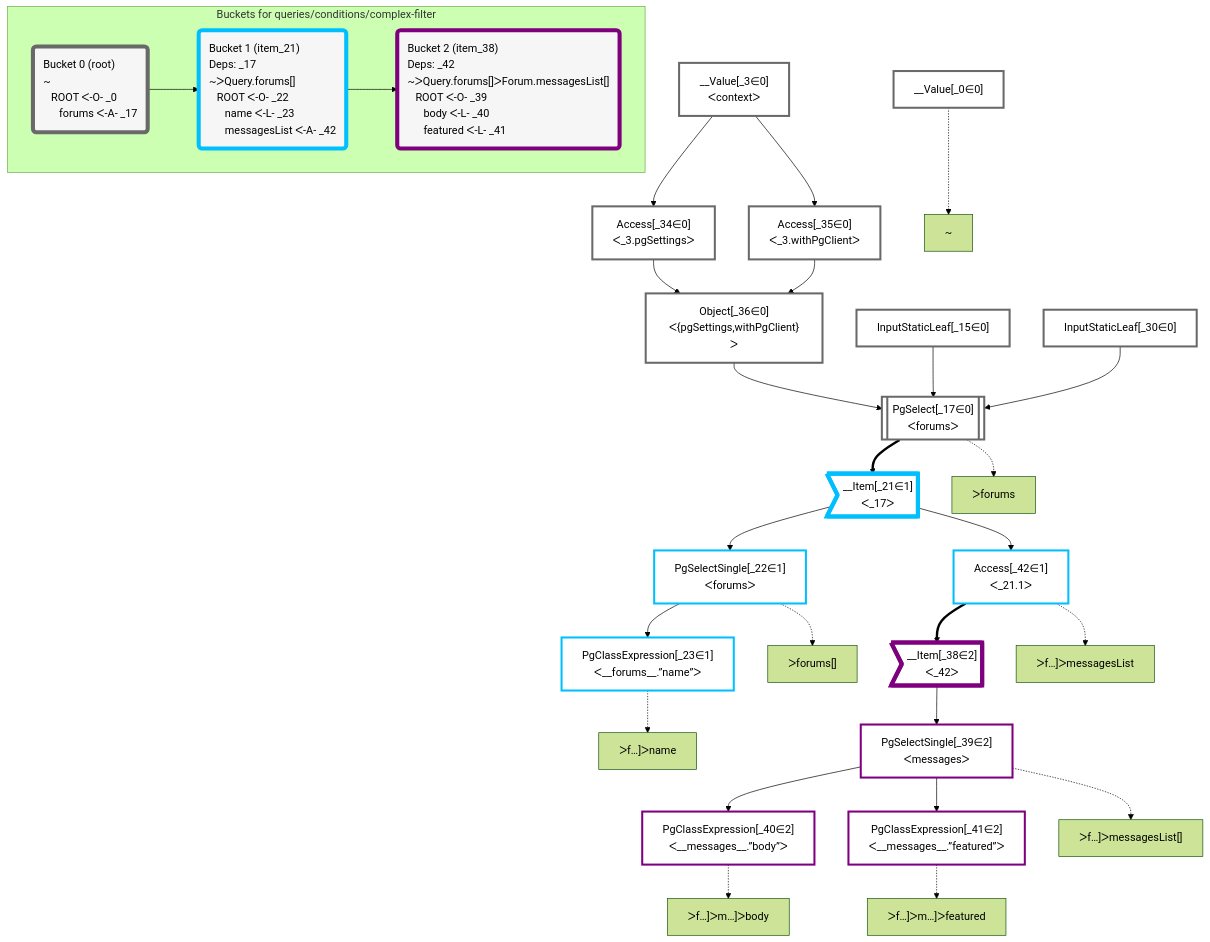
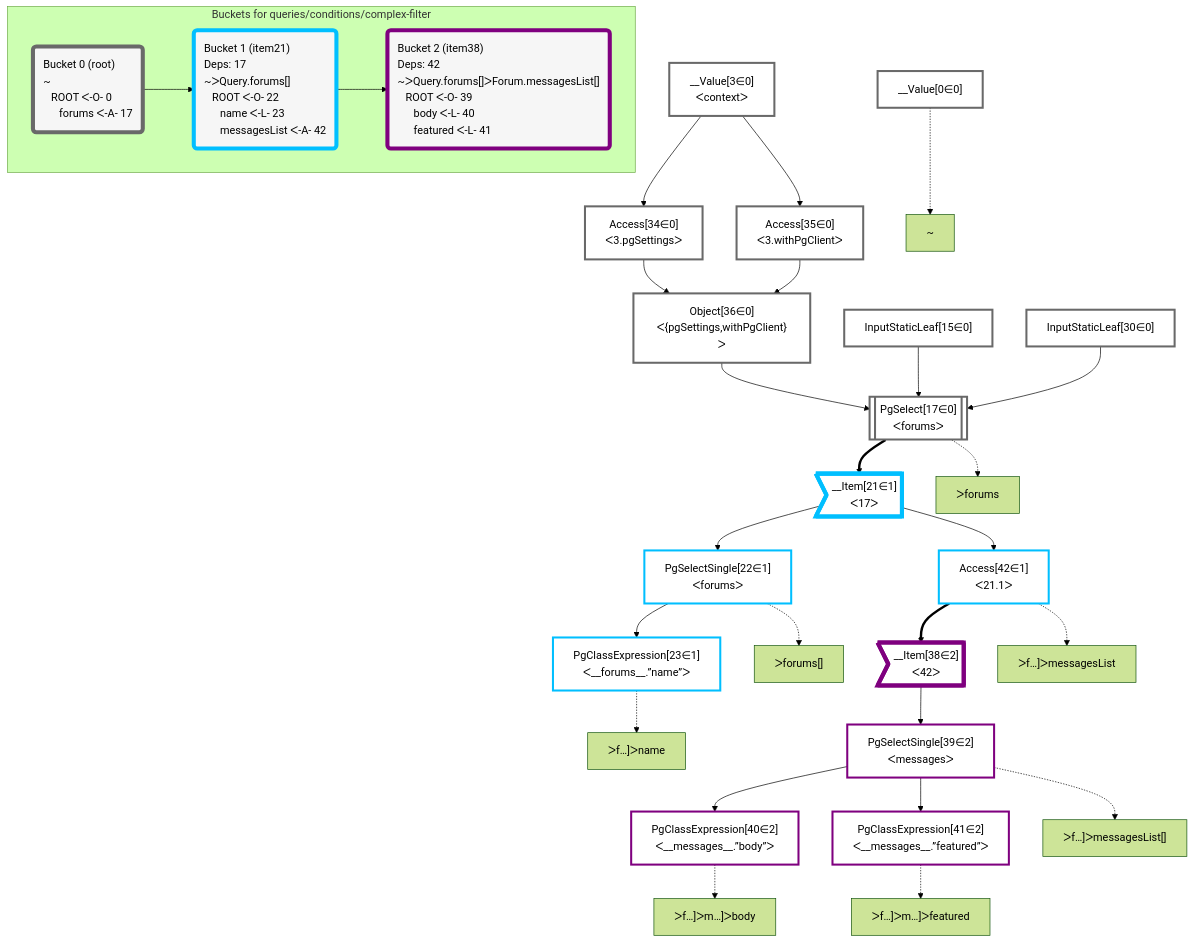
The diagram in packages/dataplan-pg/__tests__/queries/conditions/complex-filter.mermaid.md (graphile/crystal), drawn with Mermaid (forest theme) before and after one commit. The commit also changed 195 other files, not shown here.

````diff
--- a/packages/dataplan-pg/__tests__/queries/conditions/complex-filter.mermaid.md
+++ b/packages/dataplan-pg/__tests__/queries/conditions/complex-filter.mermaid.md
@@ -1,73 +1,73 @@
 ```mermaid
 graph TD
     classDef path fill:#eee,stroke:#000,color:#000
     classDef plan fill:#fff,stroke-width:3px,color:#000
     classDef itemplan fill:#fff,stroke-width:6px,color:#000
     classDef sideeffectplan fill:#f00,stroke-width:6px,color:#000
     classDef bucket fill:#f6f6f6,color:#000,stroke-width:6px,text-align:left
 
 
     %% define plans
-    __Value_0["__Value[_0∈0]"]:::plan
-    PgClassExpression_23["PgClassExpression[_23∈1]<br />ᐸ__forums__.”name”ᐳ"]:::plan
-    PgSelectSingle_22["PgSelectSingle[_22∈1]<br />ᐸforumsᐳ"]:::plan
-    PgClassExpression_40["PgClassExpression[_40∈2]<br />ᐸ__messages__.”body”ᐳ"]:::plan
-    PgClassExpression_41["PgClassExpression[_41∈2]<br />ᐸ__messages__.”featured”ᐳ"]:::plan
-    PgSelectSingle_39["PgSelectSingle[_39∈2]<br />ᐸmessagesᐳ"]:::plan
-    __Item_38>"__Item[_38∈2]<br />ᐸ_42ᐳ"]:::itemplan
-    Access_42["Access[_42∈1]<br />ᐸ_21.1ᐳ"]:::plan
-    __Item_21>"__Item[_21∈1]<br />ᐸ_17ᐳ"]:::itemplan
-    PgSelect_17[["PgSelect[_17∈0]<br />ᐸforumsᐳ"]]:::plan
-    Object_36["Object[_36∈0]<br />ᐸ{pgSettings,withPgClient}ᐳ"]:::plan
-    Access_34["Access[_34∈0]<br />ᐸ_3.pgSettingsᐳ"]:::plan
-    Access_35["Access[_35∈0]<br />ᐸ_3.withPgClientᐳ"]:::plan
-    __Value_3["__Value[_3∈0]<br />ᐸcontextᐳ"]:::plan
-    InputStaticLeaf_15["InputStaticLeaf[_15∈0]"]:::plan
-    InputStaticLeaf_30["InputStaticLeaf[_30∈0]"]:::plan
+    __Value0["__Value[0∈0]"]:::plan
+    PgClassExpression23["PgClassExpression[23∈1]<br />ᐸ__forums__.”name”ᐳ"]:::plan
+    PgSelectSingle22["PgSelectSingle[22∈1]<br />ᐸforumsᐳ"]:::plan
+    PgClassExpression40["PgClassExpression[40∈2]<br />ᐸ__messages__.”body”ᐳ"]:::plan
+    PgClassExpression41["PgClassExpression[41∈2]<br />ᐸ__messages__.”featured”ᐳ"]:::plan
+    PgSelectSingle39["PgSelectSingle[39∈2]<br />ᐸmessagesᐳ"]:::plan
+    __Item38>"__Item[38∈2]<br />ᐸ42ᐳ"]:::itemplan
+    Access42["Access[42∈1]<br />ᐸ21.1ᐳ"]:::plan
+    __Item21>"__Item[21∈1]<br />ᐸ17ᐳ"]:::itemplan
+    PgSelect17[["PgSelect[17∈0]<br />ᐸforumsᐳ"]]:::plan
+    Object36["Object[36∈0]<br />ᐸ{pgSettings,withPgClient}ᐳ"]:::plan
+    Access34["Access[34∈0]<br />ᐸ3.pgSettingsᐳ"]:::plan
+    Access35["Access[35∈0]<br />ᐸ3.withPgClientᐳ"]:::plan
+    __Value3["__Value[3∈0]<br />ᐸcontextᐳ"]:::plan
+    InputStaticLeaf15["InputStaticLeaf[15∈0]"]:::plan
+    InputStaticLeaf30["InputStaticLeaf[30∈0]"]:::plan
 
     %% plan dependencies
-    PgSelectSingle_22 --> PgClassExpression_23
-    __Item_21 --> PgSelectSingle_22
-    PgSelectSingle_39 --> PgClassExpression_40
-    PgSelectSingle_39 --> PgClassExpression_41
-    __Item_38 --> PgSelectSingle_39
-    Access_42 ==> __Item_38
-    __Item_21 --> Access_42
-    PgSelect_17 ==> __Item_21
-    Object_36 & InputStaticLeaf_15 & InputStaticLeaf_30 --> PgSelect_17
-    Access_34 & Access_35 --> Object_36
-    __Value_3 --> Access_34
-    __Value_3 --> Access_35
+    PgSelectSingle22 --> PgClassExpression23
+    __Item21 --> PgSelectSingle22
+    PgSelectSingle39 --> PgClassExpression40
+    PgSelectSingle39 --> PgClassExpression41
+    __Item38 --> PgSelectSingle39
+    Access42 ==> __Item38
+    __Item21 --> Access42
+    PgSelect17 ==> __Item21
+    Object36 & InputStaticLeaf15 & InputStaticLeaf30 --> PgSelect17
+    Access34 & Access35 --> Object36
+    __Value3 --> Access34
+    __Value3 --> Access35
 
     %% plan-to-path relationships
-    P_0["~"]
-    __Value_0 -.-> P_0
-    P_17["ᐳforums"]
-    PgSelect_17 -.-> P_17
-    P_22["ᐳforums[]"]
-    PgSelectSingle_22 -.-> P_22
-    P_23["ᐳf…]ᐳname"]
-    PgClassExpression_23 -.-> P_23
-    P_39["ᐳf…]ᐳmessagesList[]"]
-    PgSelectSingle_39 -.-> P_39
-    P_40["ᐳf…]ᐳm…]ᐳbody"]
-    PgClassExpression_40 -.-> P_40
-    P_41["ᐳf…]ᐳm…]ᐳfeatured"]
-    PgClassExpression_41 -.-> P_41
-    P_42["ᐳf…]ᐳmessagesList"]
-    Access_42 -.-> P_42
+    P0["~"]
+    __Value0 -.-> P0
+    P17["ᐳforums"]
+    PgSelect17 -.-> P17
+    P22["ᐳforums[]"]
+    PgSelectSingle22 -.-> P22
+    P23["ᐳf…]ᐳname"]
+    PgClassExpression23 -.-> P23
+    P39["ᐳf…]ᐳmessagesList[]"]
+    PgSelectSingle39 -.-> P39
+    P40["ᐳf…]ᐳm…]ᐳbody"]
+    PgClassExpression40 -.-> P40
+    P41["ᐳf…]ᐳm…]ᐳfeatured"]
+    PgClassExpression41 -.-> P41
+    P42["ᐳf…]ᐳmessagesList"]
+    Access42 -.-> P42
 
     subgraph "Buckets for queries/conditions/complex-filter"
-    Bucket0("Bucket 0 (root)<br />~<br />⠀ROOT ᐸ-O- _0<br />⠀⠀forums ᐸ-A- _17"):::bucket
+    Bucket0("Bucket 0 (root)<br />~<br />⠀ROOT ᐸ-O- 0<br />⠀⠀forums ᐸ-A- 17"):::bucket
     classDef bucket0 stroke:#696969
-    class Bucket0,__Value_0,__Value_3,InputStaticLeaf_15,PgSelect_17,InputStaticLeaf_30,Access_34,Access_35,Object_36 bucket0
-    Bucket1("Bucket 1 (item_21)<br />Deps: _17<br />~ᐳQuery.forums[]<br />⠀ROOT ᐸ-O- _22<br />⠀⠀name ᐸ-L- _23<br />⠀⠀messagesList ᐸ-A- _42"):::bucket
+    class Bucket0,__Value0,__Value3,InputStaticLeaf15,PgSelect17,InputStaticLeaf30,Access34,Access35,Object36 bucket0
+    Bucket1("Bucket 1 (item21)<br />Deps: 17<br />~ᐳQuery.forums[]<br />⠀ROOT ᐸ-O- 22<br />⠀⠀name ᐸ-L- 23<br />⠀⠀messagesList ᐸ-A- 42"):::bucket
     classDef bucket1 stroke:#00bfff
-    class Bucket1,__Item_21,PgSelectSingle_22,PgClassExpression_23,Access_42 bucket1
-    Bucket2("Bucket 2 (item_38)<br />Deps: _42<br />~ᐳQuery.forums[]ᐳForum.messagesList[]<br />⠀ROOT ᐸ-O- _39<br />⠀⠀body ᐸ-L- _40<br />⠀⠀featured ᐸ-L- _41"):::bucket
+    class Bucket1,__Item21,PgSelectSingle22,PgClassExpression23,Access42 bucket1
+    Bucket2("Bucket 2 (item38)<br />Deps: 42<br />~ᐳQuery.forums[]ᐳForum.messagesList[]<br />⠀ROOT ᐸ-O- 39<br />⠀⠀body ᐸ-L- 40<br />⠀⠀featured ᐸ-L- 41"):::bucket
     classDef bucket2 stroke:#7f007f
-    class Bucket2,__Item_38,PgSelectSingle_39,PgClassExpression_40,PgClassExpression_41 bucket2
+    class Bucket2,__Item38,PgSelectSingle39,PgClassExpression40,PgClassExpression41 bucket2
     Bucket0 --> Bucket1
     Bucket1 --> Bucket2
     end
 ```
````
